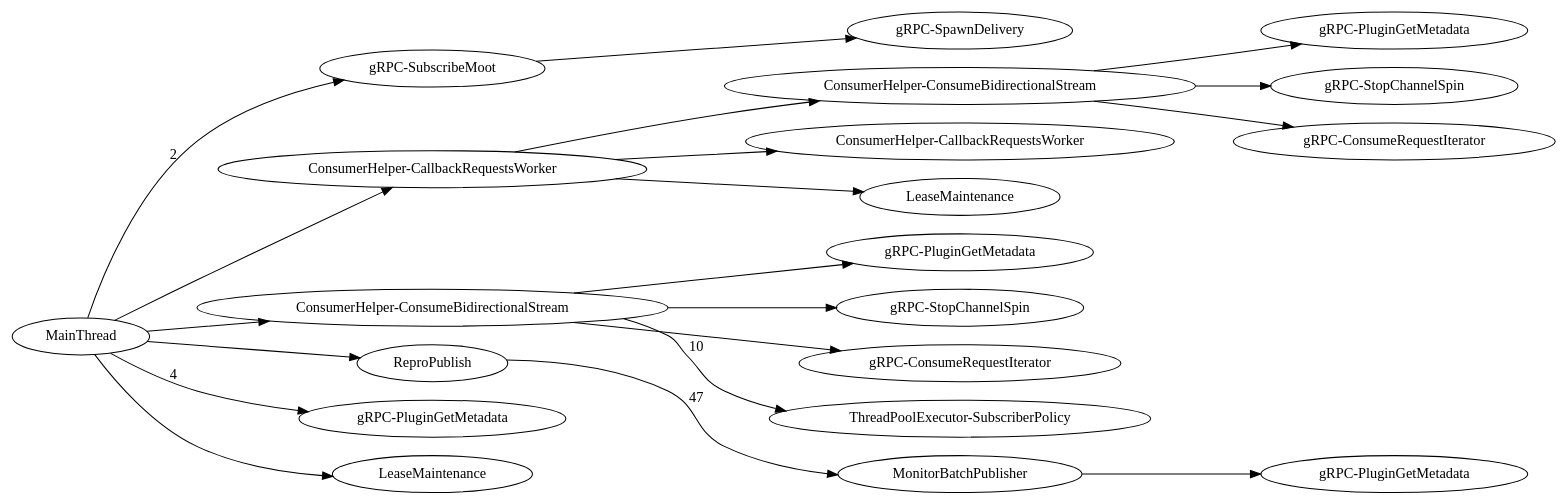
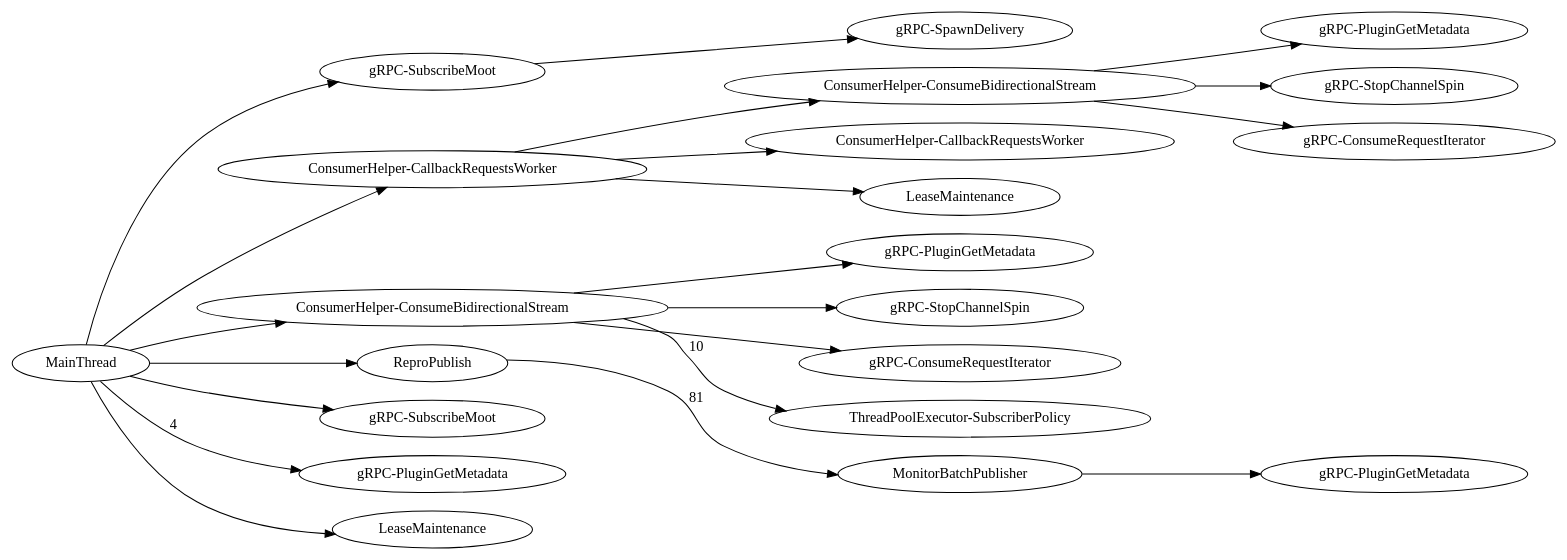
One commit to dhermes/google-cloud-pubsub-performance changed the diagram in flow-control/0.29.2.dot. Above: the diagram before and after it, drawn with Graphviz. The commit also changed 18 other files, not shown here.

```diff
--- a/flow-control/0.29.2.dot
+++ b/flow-control/0.29.2.dot
@@ -1,97 +1,102 @@
 digraph G {
 rankdir=LR;
+subgraph  {
+}
+
 subgraph  {
 subgraph  {
 }
 
-"Thread-gRPC-SubscribeMoot" -> "Thread-gRPC-SpawnDelivery";
+"Thread-gRPC-SubscribeMoot+" -> "Thread-gRPC-SpawnDelivery";
 }
 
 subgraph  {
 }
 
 subgraph  {
 subgraph  {
 }
 
 subgraph  {
 subgraph  {
 }
 
 subgraph  {
 }
 
 subgraph  {
 }
 
-"Thread-ConsumerHelper-ConsumeBidirectionalStream+" -> "Thread-gRPC-PluginGetMetadata+++++++++";
+"Thread-ConsumerHelper-ConsumeBidirectionalStream+" -> "Thread-gRPC-PluginGetMetadata++++++++++++++++++++++++++++++++++++++++++";
 "Thread-ConsumerHelper-ConsumeBidirectionalStream+" -> "Thread-gRPC-StopChannelSpin+";
 "Thread-ConsumerHelper-ConsumeBidirectionalStream+" -> "Thread-gRPC-ConsumeRequestIterator+";
 }
 
 subgraph  {
 }
 
 "Thread-ConsumerHelper-CallbackRequestsWorker" -> "Thread-ConsumerHelper-CallbackRequestsWorker+";
 "Thread-ConsumerHelper-CallbackRequestsWorker" -> "Thread-ConsumerHelper-ConsumeBidirectionalStream+";
 "Thread-ConsumerHelper-CallbackRequestsWorker" -> "Thread-LeaseMaintenance+";
 }
 
 subgraph  {
 subgraph  {
 }
 
 subgraph  {
 }
 
 subgraph  {
 }
 
 subgraph  {
 }
 
 "Thread-ConsumerHelper-ConsumeBidirectionalStream" -> "Thread-gRPC-PluginGetMetadata++";
 "Thread-ConsumerHelper-ConsumeBidirectionalStream" -> "Thread-gRPC-StopChannelSpin";
 "Thread-ConsumerHelper-ConsumeBidirectionalStream" -> "Thread-gRPC-ConsumeRequestIterator";
 "Thread-ConsumerHelper-ConsumeBidirectionalStream" -> "ThreadPoolExecutor-SubscriberPolicy"  [label=10];
 }
 
 subgraph  {
 }
 
 subgraph  {
 subgraph  {
 subgraph  {
 }
 
 "Thread-MonitorBatchPublisher" -> "Thread-gRPC-PluginGetMetadata+++";
 }
 
-"Thread-ReproPublish" -> "Thread-MonitorBatchPublisher"  [label=47];
+"Thread-ReproPublish" -> "Thread-MonitorBatchPublisher"  [label=81];
 }
 
-MainThread -> "Thread-gRPC-SubscribeMoot"  [label=2];
+MainThread -> "Thread-gRPC-SubscribeMoot";
+MainThread -> "Thread-gRPC-SubscribeMoot+";
 MainThread -> "Thread-gRPC-PluginGetMetadata"  [label=4];
 MainThread -> "Thread-ConsumerHelper-CallbackRequestsWorker";
 MainThread -> "Thread-ConsumerHelper-ConsumeBidirectionalStream";
 MainThread -> "Thread-LeaseMaintenance";
 MainThread -> "Thread-ReproPublish";
-"Thread-gRPC-SubscribeMoot" [label="gRPC-SubscribeMoot"];
-"Thread-ConsumerHelper-CallbackRequestsWorker+" [label="ConsumerHelper-CallbackRequestsWorker"];
-"Thread-gRPC-PluginGetMetadata+++++++++" [label="gRPC-PluginGetMetadata"];
-"Thread-gRPC-PluginGetMetadata+++" [label="gRPC-PluginGetMetadata"];
+"Thread-gRPC-PluginGetMetadata++++++++++++++++++++++++++++++++++++++++++" [label="gRPC-PluginGetMetadata"];
+"Thread-gRPC-PluginGetMetadata" [label="gRPC-PluginGetMetadata"];
+"Thread-gRPC-StopChannelSpin+" [label="gRPC-StopChannelSpin"];
+"Thread-LeaseMaintenance+" [label=LeaseMaintenance];
 "Thread-gRPC-SpawnDelivery" [label="gRPC-SpawnDelivery"];
 "Thread-gRPC-ConsumeRequestIterator+" [label="gRPC-ConsumeRequestIterator"];
+"Thread-ConsumerHelper-ConsumeBidirectionalStream" [label="ConsumerHelper-ConsumeBidirectionalStream"];
+"Thread-gRPC-ConsumeRequestIterator" [label="gRPC-ConsumeRequestIterator"];
+"Thread-gRPC-StopChannelSpin" [label="gRPC-StopChannelSpin"];
 "Thread-LeaseMaintenance" [label=LeaseMaintenance];
+"Thread-ConsumerHelper-CallbackRequestsWorker+" [label="ConsumerHelper-CallbackRequestsWorker"];
+"Thread-gRPC-PluginGetMetadata+++" [label="gRPC-PluginGetMetadata"];
+"Thread-ConsumerHelper-CallbackRequestsWorker" [label="ConsumerHelper-CallbackRequestsWorker"];
+"Thread-gRPC-PluginGetMetadata++" [label="gRPC-PluginGetMetadata"];
+"Thread-gRPC-SubscribeMoot" [label="gRPC-SubscribeMoot"];
+"Thread-gRPC-SubscribeMoot+" [label="gRPC-SubscribeMoot"];
 "Thread-MonitorBatchPublisher" [label=MonitorBatchPublisher];
-"Thread-gRPC-PluginGetMetadata++" [label="gRPC-PluginGetMetadata"];
 "Thread-ReproPublish" [label=ReproPublish];
-"Thread-LeaseMaintenance+" [label=LeaseMaintenance];
-"Thread-gRPC-StopChannelSpin" [label="gRPC-StopChannelSpin"];
-"Thread-ConsumerHelper-CallbackRequestsWorker" [label="ConsumerHelper-CallbackRequestsWorker"];
-"Thread-gRPC-PluginGetMetadata" [label="gRPC-PluginGetMetadata"];
 "Thread-ConsumerHelper-ConsumeBidirectionalStream+" [label="ConsumerHelper-ConsumeBidirectionalStream"];
-"Thread-gRPC-ConsumeRequestIterator" [label="gRPC-ConsumeRequestIterator"];
-"Thread-ConsumerHelper-ConsumeBidirectionalStream" [label="ConsumerHelper-ConsumeBidirectionalStream"];
-"Thread-gRPC-StopChannelSpin+" [label="gRPC-StopChannelSpin"];
 }
```
